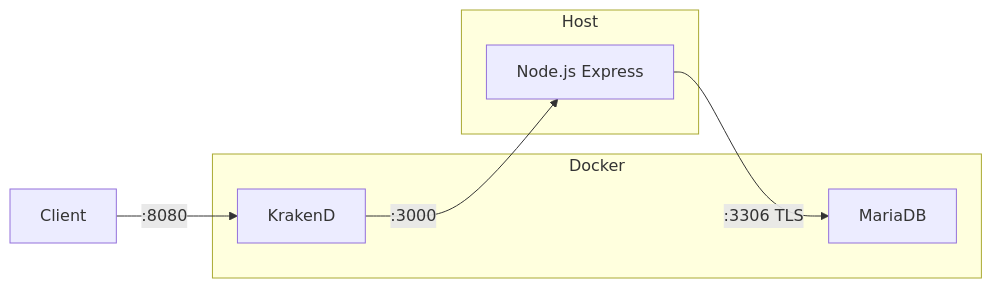
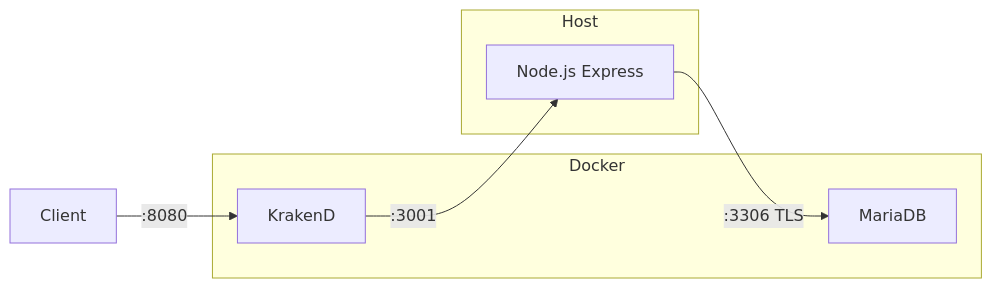
The first of 5 diagrams in node-mariadb/README.md (speedscale/demo), drawn with Mermaid before and after one commit. The commit also changed other lines of this file and 6 other files, not shown here.

````diff
--- a/node-mariadb/README.md
+++ b/node-mariadb/README.md
@@ -7,15 +7,15 @@
 ```mermaid
 graph LR
     Client -->|":8080"| KrakenD
-    KrakenD -->|":3000"| Node["Node.js Express"]
+    KrakenD -->|":3001"| Node["Node.js Express"]
     Node -->|":3306 TLS"| MariaDB
 
     subgraph Docker
         KrakenD
         MariaDB
     end
 
     subgraph Host
         Node
     end
 ```
````
